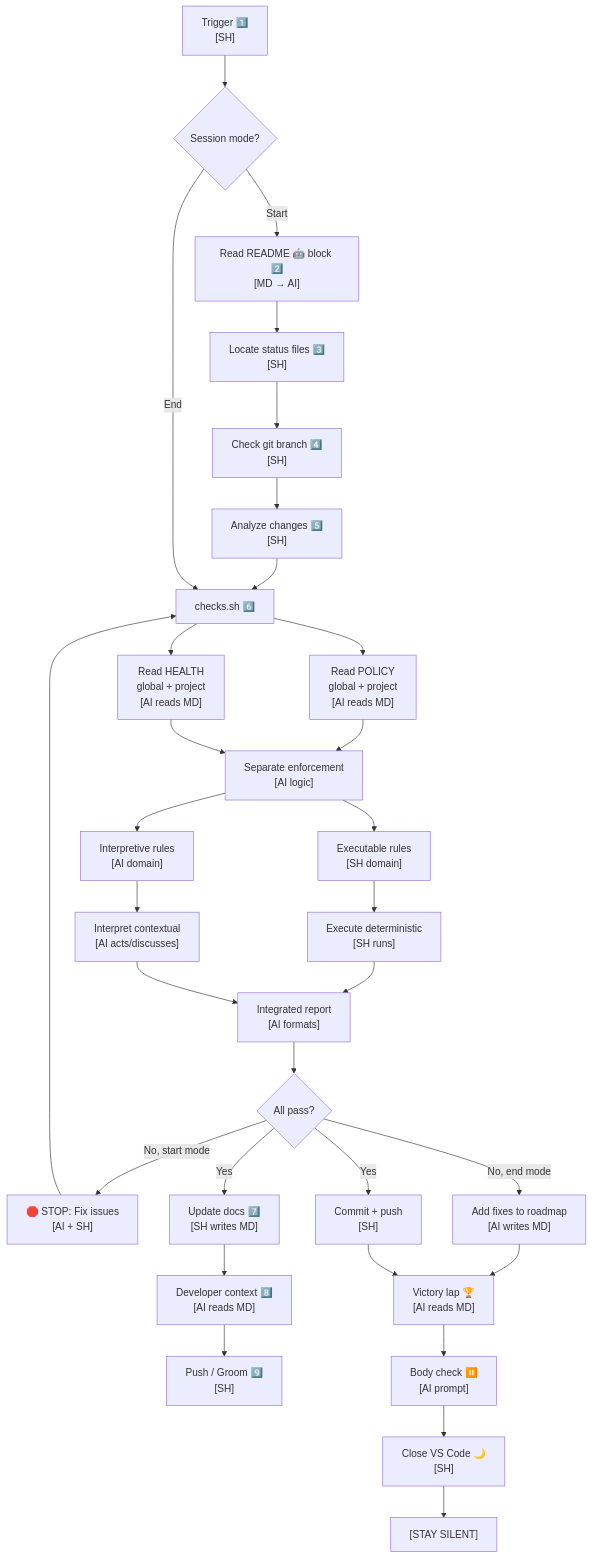
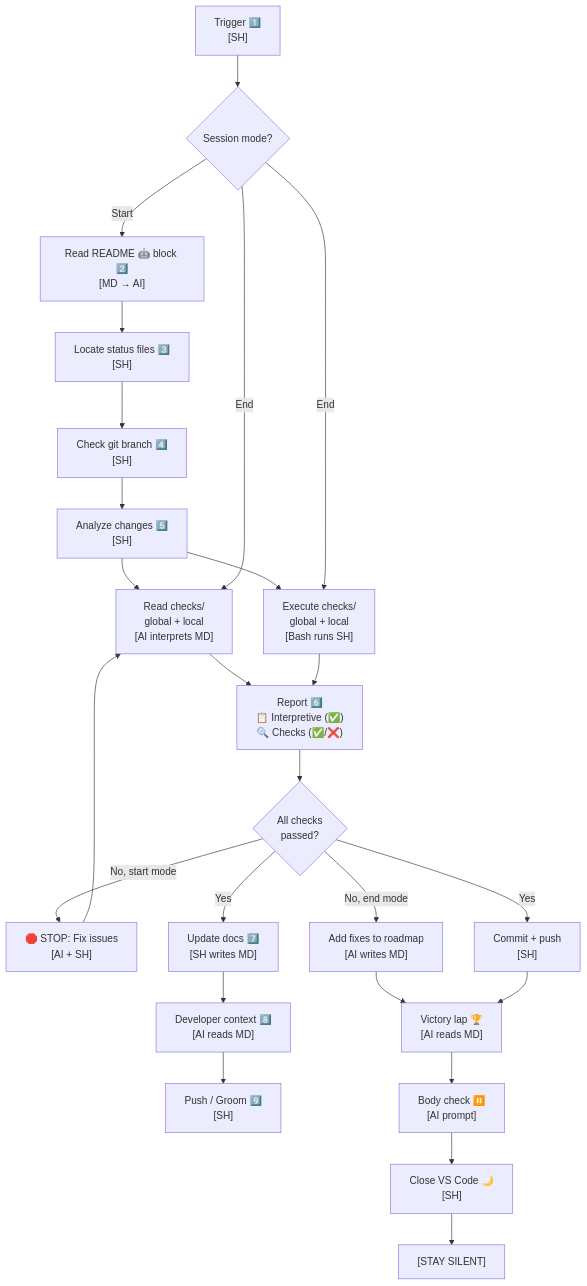
One commit to AgentWorkers/skills changed the third of 3 diagrams in skills/nonlinear/backstage/SKILL.md. Above: the diagram before and after it, drawn with Mermaid. The commit also changed other lines of this file and 38 other files, not shown here.

````diff
--- a/skills/nonlinear/backstage/SKILL.md
+++ b/skills/nonlinear/backstage/SKILL.md
@@ -202,77 +214,60 @@
 ```mermaid
 flowchart TD
     START["Trigger 1️⃣<br/>[SH]"]
     MODE{"Session mode?"}
     
-    %% Common checks module (expanded)
-    CHECKS["checks.sh 6️⃣"]
-    READ_POLICY["Read POLICY<br/>global + project<br/>[AI reads MD]"]
-    READ_HEALTH["Read HEALTH<br/>global + project<br/>[AI reads MD]"]
+    %% Common enforcement module
+    READ_POL["Read checks/<br/>global + local<br/>[AI interprets MD]"]
+    EXEC_CHK["Execute checks/<br/>global + local<br/>[Bash runs SH]"]
     
-    SEPARATE["Separate enforcement<br/>[AI logic]"]
-    EXEC["Executable rules<br/>[SH domain]"]
-    INTERP["Interpretive rules<br/>[AI domain]"]
-    
-    SH_EXEC["Execute deterministic<br/>[SH runs]"]
-    AI_INTERP["Interpret contextual<br/>[AI acts/discusses]"]
-    
-    INTEGRATE["Integrated report<br/>[AI formats]"]
-    CHECKS_GATE{"All pass?"}
+    REPORT["Report 6️⃣<br/>📋 Interpretive (✅)<br/>🔍 Checks (✅/❌)"]
+    CHECKS_GATE{"All checks<br/>passed?"}
     
     %% Start Branch
     START_BRANCH["Read README 🤖 block 2️⃣<br/>[MD → AI]"]
     START_FILES["Locate status files 3️⃣<br/>[SH]"]
     START_GIT["Check git branch 4️⃣<br/>[SH]"]
     START_WORK["Analyze changes 5️⃣<br/>[SH]"]
     START_FIX["🛑 STOP: Fix issues<br/>[AI + SH]"]
     START_UPDATE["Update docs 7️⃣<br/>[SH writes MD]"]
     START_REPORT["Developer context 8️⃣<br/>[AI reads MD]"]
     START_PUSH["Push / Groom 9️⃣<br/>[SH]"]
     
     %% End Branch
     END_FIXES["Add fixes to roadmap<br/>[AI writes MD]"]
     END_PUSH["Commit + push<br/>[SH]"]
     END_VICTORY["Victory lap 🏆<br/>[AI reads MD]"]
     END_BODY["Body check ⏸️<br/>[AI prompt]"]
     END_CLOSE["Close VS Code 🌙<br/>[SH]"]
     END_SILENT["[STAY SILENT]"]
     
     %% Flow
     START --> MODE
     
     MODE -->|Start| START_BRANCH
     START_BRANCH --> START_FILES
     START_FILES --> START_GIT
     START_GIT --> START_WORK
-    START_WORK --> CHECKS
+    START_WORK --> READ_POL
+    START_WORK --> EXEC_CHK
     
-    CHECKS --> READ_POLICY
-    CHECKS --> READ_HEALTH
-    READ_POLICY --> SEPARATE
-    READ_HEALTH --> SEPARATE
-    
-    SEPARATE --> EXEC
-    SEPARATE --> INTERP
-    
-    EXEC --> SH_EXEC
-    INTERP --> AI_INTERP
-    
-    SH_EXEC --> INTEGRATE
-    AI_INTERP --> INTEGRATE
-    INTEGRATE --> CHECKS_GATE
+    READ_POL --> REPORT
+    EXEC_CHK --> REPORT
+    REPORT --> CHECKS_GATE
     
     CHECKS_GATE -->|No, start mode| START_FIX
-    START_FIX --> CHECKS
+    START_FIX --> READ_POL
     CHECKS_GATE -->|Yes| START_UPDATE
     START_UPDATE --> START_REPORT
     START_REPORT --> START_PUSH
     
-    MODE -->|End| CHECKS
+    MODE -->|End| READ_POL
+    MODE -->|End| EXEC_CHK
     CHECKS_GATE -->|No, end mode| END_FIXES
     CHECKS_GATE -->|Yes| END_PUSH
     END_FIXES --> END_VICTORY
     END_PUSH --> END_VICTORY
     END_VICTORY --> END_BODY
     END_BODY --> END_CLOSE
     END_CLOSE --> END_SILENT
 ```  
````
